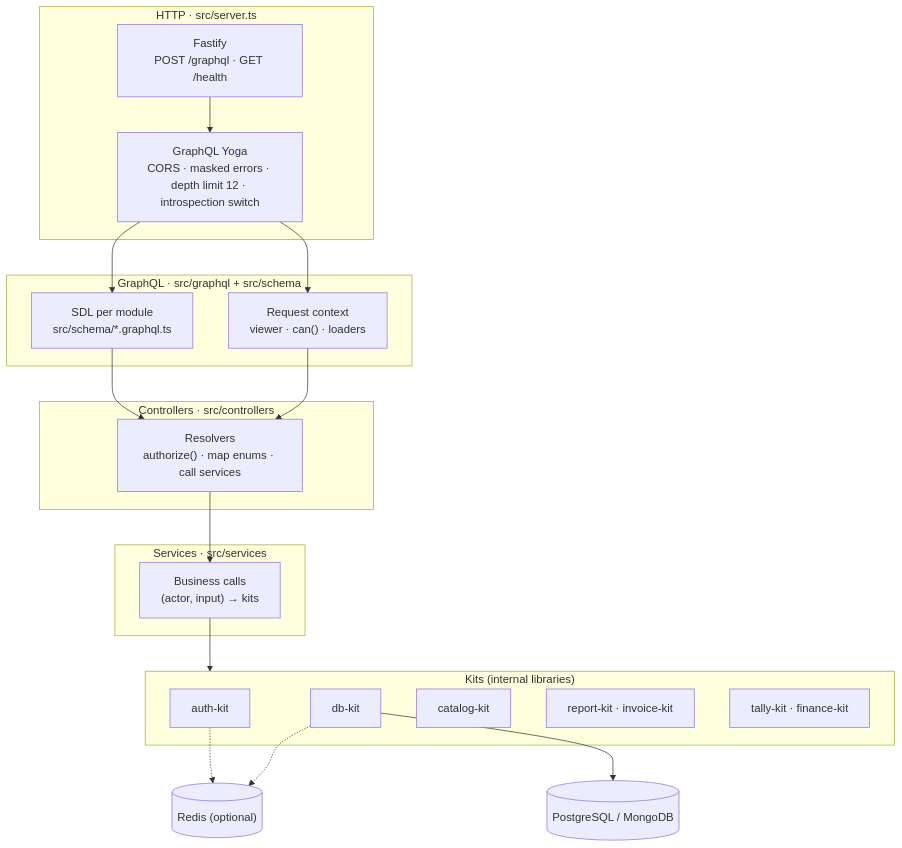
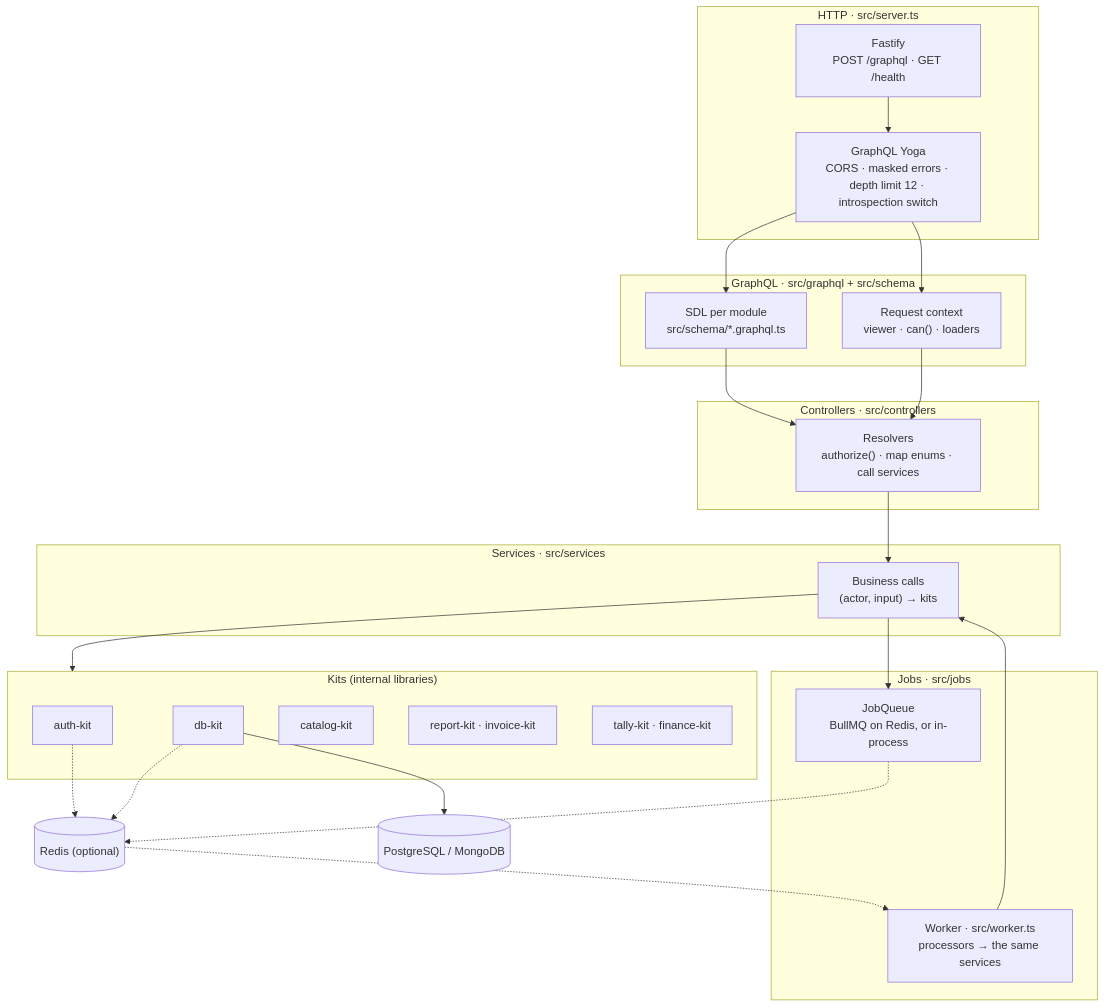
Before and after one commit to mgpl-diagnostics/api: the first of 4 diagrams in docs/02-architecture.md, drawn with Mermaid. The commit also changed other lines of this file and 40 other files, not shown here.

First line of the commit message:
feat: access + refresh tokens, device binding, worker on Redis + BullMQ (#4)

````diff
--- a/docs/02-architecture.md
+++ b/docs/02-architecture.md
@@ -8,32 +8,40 @@
 ```mermaid
 flowchart TB
   subgraph HTTP["HTTP · src/server.ts"]
     F["Fastify<br/>POST /graphql · GET /health"]
     Y["GraphQL Yoga<br/>CORS · masked errors · depth limit 12 · introspection switch"]
   end
   subgraph GQL["GraphQL · src/graphql + src/schema"]
     SDL["SDL per module<br/>src/schema/*.graphql.ts"]
     CTX["Request context<br/>viewer · can() · loaders"]
   end
   subgraph CTRL["Controllers · src/controllers"]
     C["Resolvers<br/>authorize() · map enums · call services"]
   end
   subgraph SRV["Services · src/services"]
     S["Business calls<br/>(actor, input) → kits"]
   end
   subgraph KITS["Kits (internal libraries)"]
     K1["auth-kit"]
     K2["db-kit"]
     K3["catalog-kit"]
     K4["report-kit · invoice-kit"]
     K5["tally-kit · finance-kit"]
   end
   DB[("PostgreSQL / MongoDB")]
   RD[("Redis (optional)")]
+  subgraph JOBS["Jobs · src/jobs"]
+    Q["JobQueue<br/>BullMQ on Redis, or in-process"]
+    W["Worker · src/worker.ts<br/>processors → the same services"]
+  end
   F --> Y --> SDL --> C
   Y --> CTX --> C
   C --> S --> KITS
+  S --> Q
+  Q -.-> RD
+  RD -.-> W
+  W --> S
   K2 --> DB
   K1 -.-> RD
   K2 -.-> RD
 ```
````
